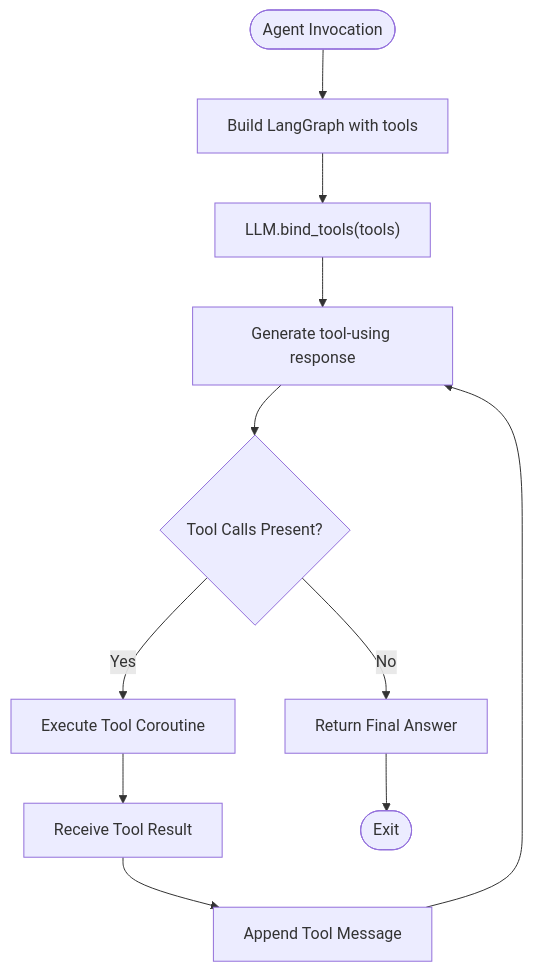
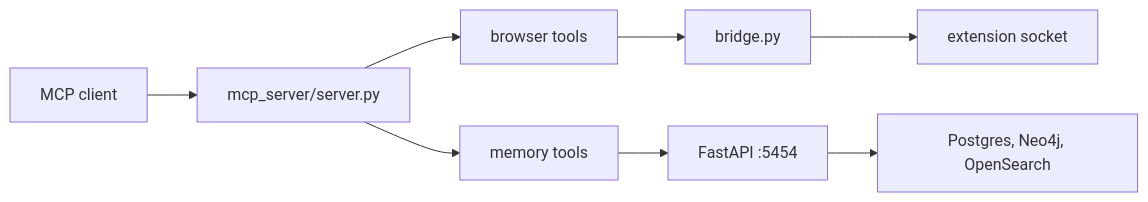
The seventh of 8 diagrams in src/data/docs/agentic-browser/System Architecture/MCP Protocol Implementation.md (tashifkhan/tashif.codes), drawn with Mermaid before and after one commit. The commit also changed other lines of this file and 114 other files, not shown here.

````diff
--- a/src/data/docs/agentic-browser/System Architecture/MCP Protocol Implementation.md
+++ b/src/data/docs/agentic-browser/System Architecture/MCP Protocol Implementation.md
@@ -115,13 +207,10 @@
 ```mermaid
-flowchart TD
-Start(["Agent Invocation"]) --> BuildGraph["Build LangGraph with tools"]
-BuildGraph --> BindTools["LLM.bind_tools(tools)"]
-BindTools --> Generate["Generate tool-using response"]
-Generate --> ToolCalls{"Tool Calls Present?"}
-ToolCalls --> |Yes| ExecuteTool["Execute Tool Coroutine"]
-ToolCalls --> |No| Finalize["Return Final Answer"]
-ExecuteTool --> ReceiveResult["Receive Tool Result"]
-ReceiveResult --> ContinueLoop["Append Tool Message"]
-ContinueLoop --> Generate
-Finalize --> End(["Exit"])
+graph LR
+  CLIENT["MCP client"] --> MCP["mcp_server/server.py"]
+  MCP --> BROWSER["browser tools"]
+  MCP --> MEMORY["memory tools"]
+  BROWSER --> BR["bridge.py"]
+  BR --> EXT["extension socket"]
+  MEMORY --> API["FastAPI :5454"]
+  API --> STORES["Postgres, Neo4j, OpenSearch"]
 ```
````
